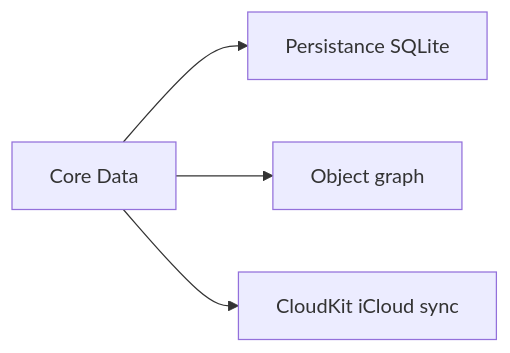
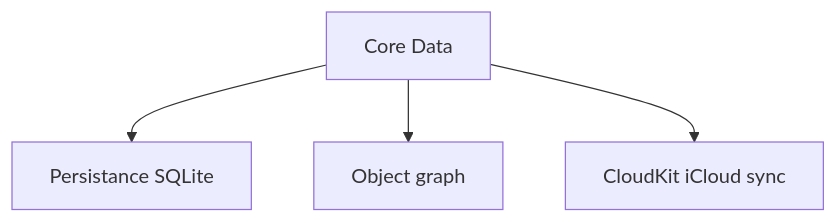
Diagram 12 of 45 in docs/glossaire/developpement-mobile.md (zyrass/omnydocs), drawn with Mermaid before and after one commit. The commit also changed other lines of this file and 959 other files, not shown here.

````diff
--- a/docs/glossaire/developpement-mobile.md
+++ b/docs/glossaire/developpement-mobile.md
@@ -362,6 +400,6 @@
-    ```mermaid
-    graph LR
-        A[Core Data] --> B[Persistance SQLite]
-        A --> C[Object graph]
-        A --> D[CloudKit iCloud sync]
-    ```
+```mermaid
+flowchart TB
+    A["Core Data"] --> B["Persistance SQLite"]
+    A --> C["Object graph"]
+    A --> D["CloudKit iCloud sync"]
+```
````
